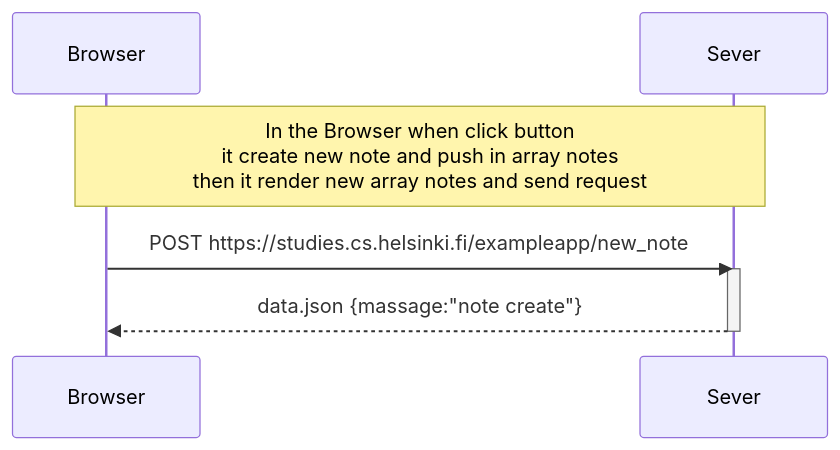
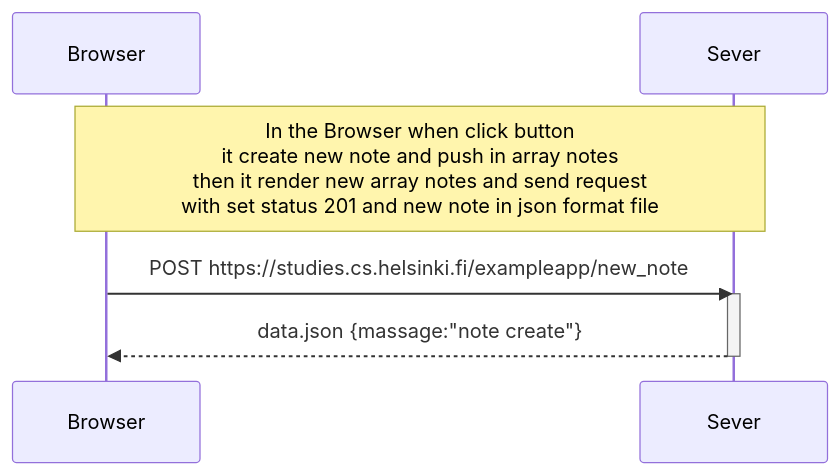
The diagram in newnote.mmd (suttipo/mermaid), drawn with Mermaid before and after one commit.

Commit message:
add in note

```diff
--- a/newnote.mmd
+++ b/newnote.mmd
@@ -1,9 +1,9 @@
 sequenceDiagram
     participant Browser
     participant Sever
 
-    Note over Browser,Sever :In the Browser when click button<br> it create new note and push in array notes <br>then it render new array notes and send request 
+    Note over Browser,Sever :In the Browser when click button<br> it create new note and push in array notes <br>then it render new array notes and send request <br> with set status 201 and new note in json format file
     Browser ->> Sever: POST https://studies.cs.helsinki.fi/exampleapp/new_note
     activate Sever
     Sever -->> Browser: data.json {massage:"note create"}
     deactivate Sever
```
